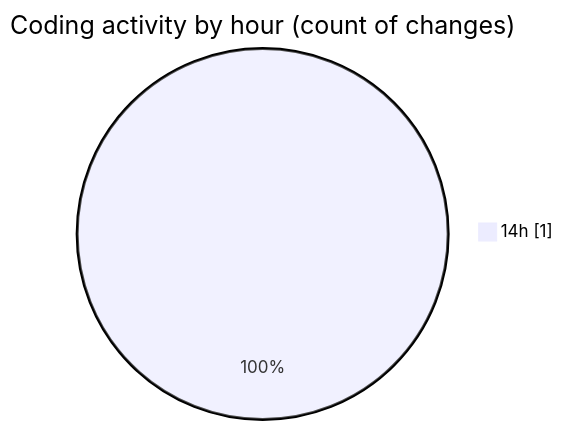
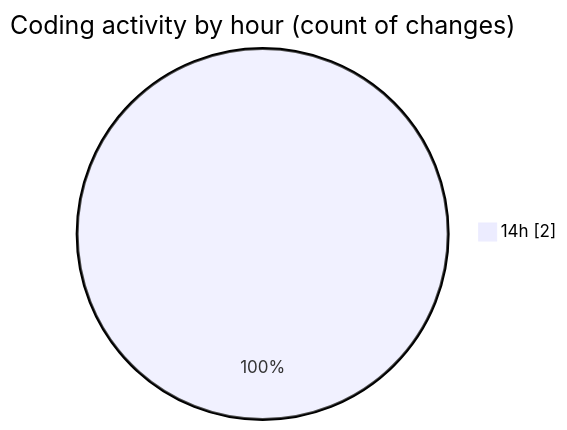
The second of 2 diagrams in 2025-02-09/coding_prac_2/README.md (NitaiMahat/code-tracking), drawn with Mermaid before and after one commit. The commit also changed other lines of this file and 1 other file, not shown here.

````diff
--- a/2025-02-09/coding_prac_2/README.md
+++ b/2025-02-09/coding_prac_2/README.md
@@ -28,5 +28,5 @@
 ```mermaid
 pie showData
 title Coding activity by hour (count of changes)
-"14h" : 1
+"14h" : 2
 ```
````
